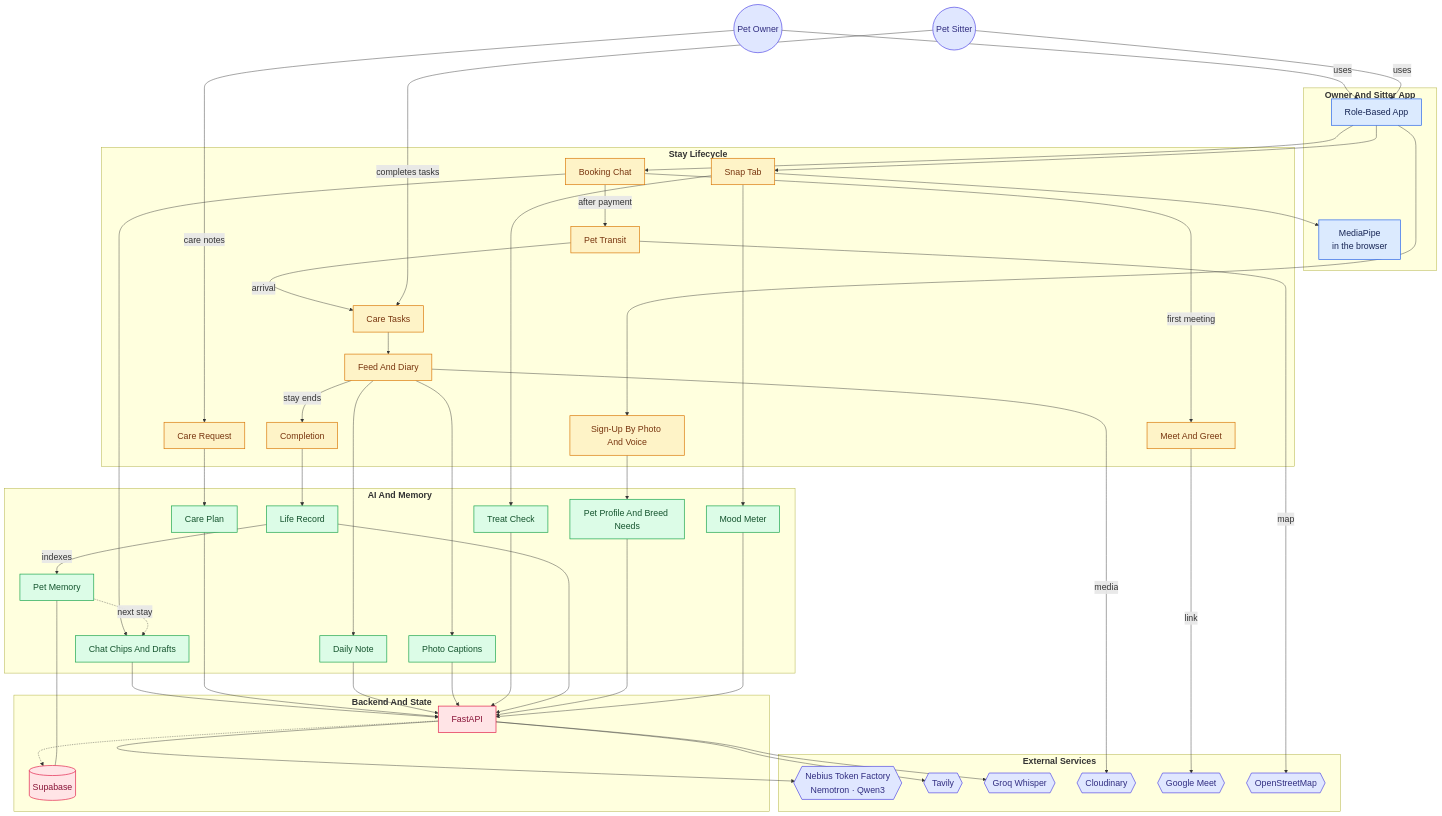
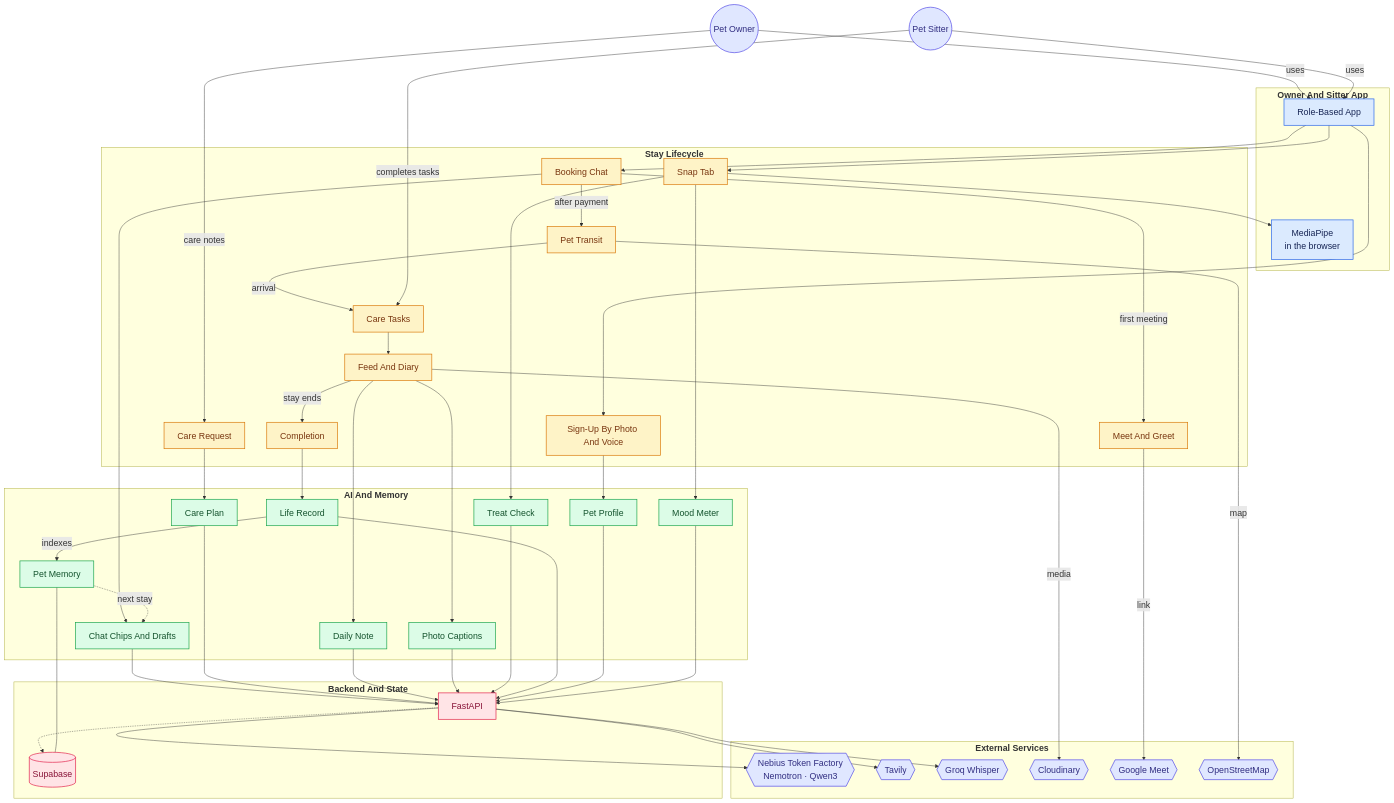
The diagram in README.md (minsikpaul92/Goldito), drawn with Mermaid before and after one commit. The commit also changed other lines of this file and 26 other files, not shown here.

```diff
--- a/README.md
+++ b/README.md
@@ -388,7 +386,7 @@
   node_ai_caption["Photo Captions"]
   node_ai_safety["Treat Check"]
   node_ai_life["Life Record"]
-  node_ai_profile["Pet Profile And Breed Needs"]
+  node_ai_profile["Pet Profile"]
   node_ai_mood["Mood Meter"]
   node_rag["Pet Memory"]
 end
```
